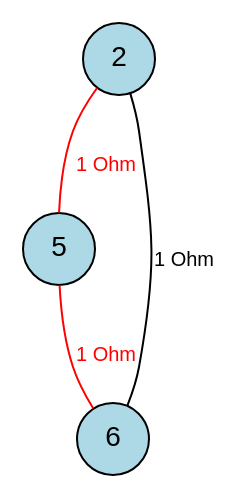
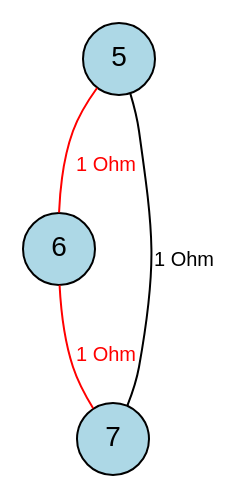
The diagram in BuildProject/depina_ciclo_3.dot (francescofoglia0/CircuitsProject), drawn with Graphviz before and after one commit. The commit also changed 48 other files, not shown here.

```diff
--- a/BuildProject/depina_ciclo_3.dot
+++ b/BuildProject/depina_ciclo_3.dot
@@ -1,9 +1,9 @@
 graph Circuito {
     // Stile dei nodi e degli archi
     node [shape=circle, style=filled, fillcolor=lightblue, fontname="Helvetica"];
     edge [fontname="Helvetica", fontsize=10];
 
-    2 -- 5 [label="\n1 Ohm", color="red", fontcolor="red"];
-    2 -- 6 [label="\n1 Ohm"];
     5 -- 6 [label="\n1 Ohm", color="red", fontcolor="red"];
+    5 -- 7 [label="\n1 Ohm"];
+    6 -- 7 [label="\n1 Ohm", color="red", fontcolor="red"];
 }
```
